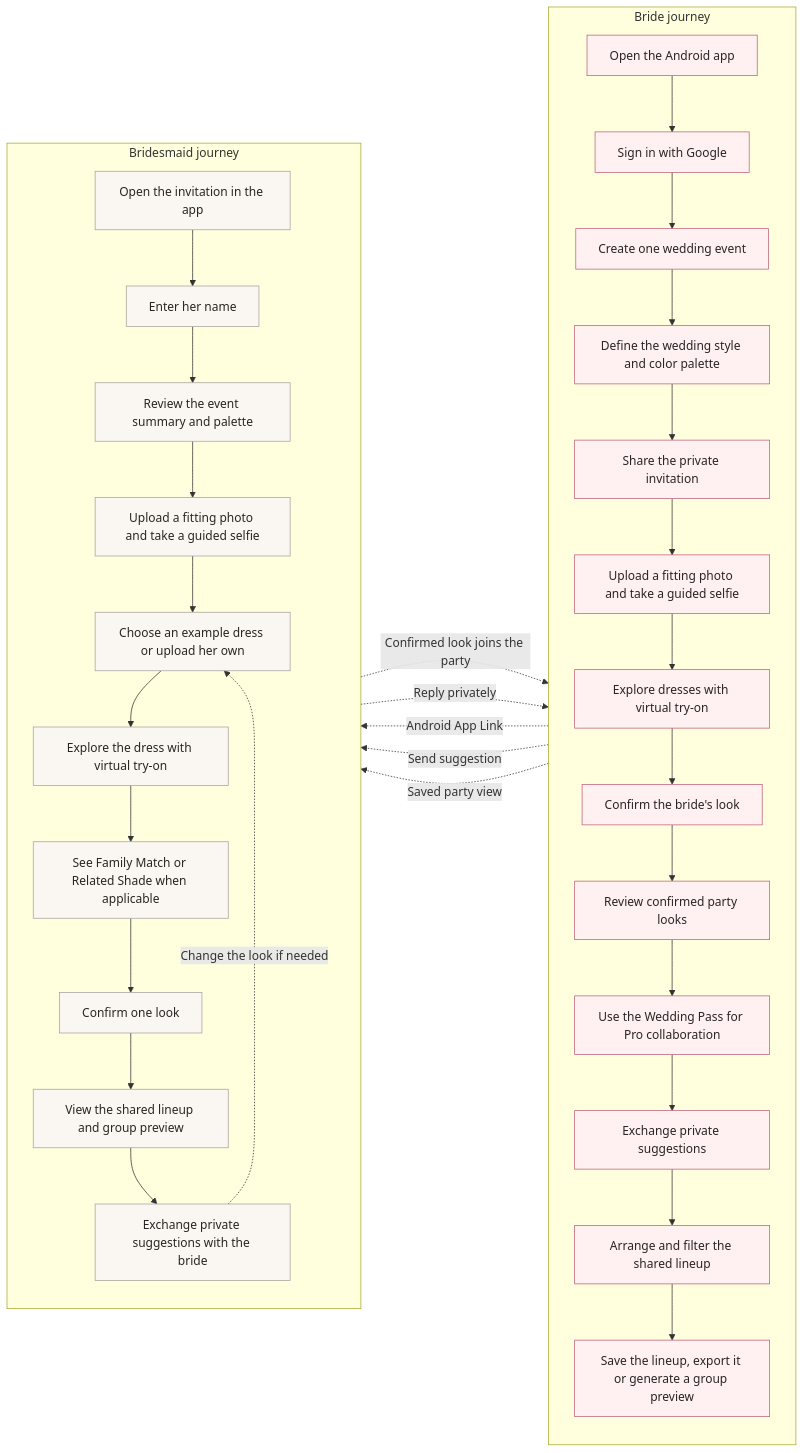
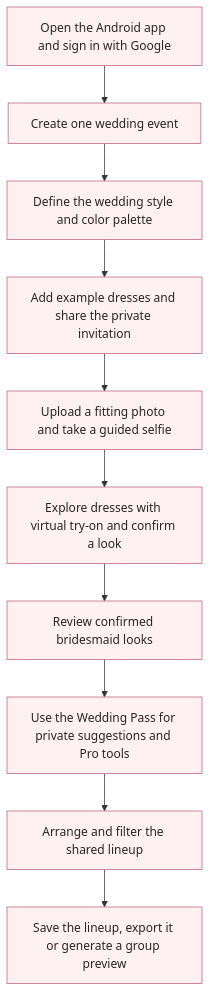
The first of 2 diagrams in README.md (areebaaqeel-dot/vows-vibes), drawn with Mermaid before and after one commit. The commit also changed other lines of this file, not shown here.

Commit message:
docs: make user journeys vertical

````diff
--- a/README.md
+++ b/README.md
@@ -17,43 +19,16 @@
 ```mermaid
-flowchart LR
-  subgraph Bride["Bride journey"]
-    direction TB
-    B1["Open the Android app"] --> B2["Sign in with Google"]
-    B2 --> B3["Create one wedding event"]
-    B3 --> B4["Define the wedding style and color palette"]
-    B4 --> B5["Share the private invitation"]
-    B5 --> B6["Upload a fitting photo and take a guided selfie"]
-    B6 --> B7["Explore dresses with virtual try-on"]
-    B7 --> B8["Confirm the bride's look"]
-    B8 --> B9["Review confirmed party looks"]
-    B9 --> B10["Use the Wedding Pass for Pro collaboration"]
-    B10 --> B11["Exchange private suggestions"]
-    B11 --> B12["Arrange and filter the shared lineup"]
-    B12 --> B13["Save the lineup, export it or generate a group preview"]
-  end
-
-  subgraph Bridesmaid["Bridesmaid journey"]
-    direction TB
-    M1["Open the invitation in the app"] --> M2["Enter her name"]
-    M2 --> M3["Review the event summary and palette"]
-    M3 --> M4["Upload a fitting photo and take a guided selfie"]
-    M4 --> M5["Choose an example dress or upload her own"]
-    M5 --> M6["Explore the dress with virtual try-on"]
-    M6 --> M7["See Family Match or Related Shade when applicable"]
-    M7 --> M8["Confirm one look"]
-    M8 --> M9["View the shared lineup and group preview"]
-    M9 --> M10["Exchange private suggestions with the bride"]
-    M10 -. "Change the look if needed" .-> M5
-  end
-
-  B5 -. "Android App Link" .-> M1
-  M8 -. "Confirmed look joins the party" .-> B9
-  B11 -. "Send suggestion" .-> M10
-  M10 -. "Reply privately" .-> B11
-  B13 -. "Saved party view" .-> M9
+flowchart TB
+  B1["Open the Android app and sign in with Google"]
+  B1 --> B2["Create one wedding event"]
+  B2 --> B3["Define the wedding style and color palette"]
+  B3 --> B4["Add example dresses and share the private invitation"]
+  B4 --> B5["Upload a fitting photo and take a guided selfie"]
+  B5 --> B6["Explore dresses with virtual try-on and confirm a look"]
+  B6 --> B7["Review confirmed bridesmaid looks"]
+  B7 --> B8["Use the Wedding Pass for private suggestions and Pro tools"]
+  B8 --> B9["Arrange and filter the shared lineup"]
+  B9 --> B10["Save the lineup, export it or generate a group preview"]
 
   classDef bride fill:#fff1f2,stroke:#be617c,color:#292524;
-  classDef bridesmaid fill:#faf7f2,stroke:#a8a29e,color:#292524;
-  class B1,B2,B3,B4,B5,B6,B7,B8,B9,B10,B11,B12,B13 bride;
-  class M1,M2,M3,M4,M5,M6,M7,M8,M9,M10 bridesmaid;
+  class B1,B2,B3,B4,B5,B6,B7,B8,B9,B10 bride;
 ```
````
